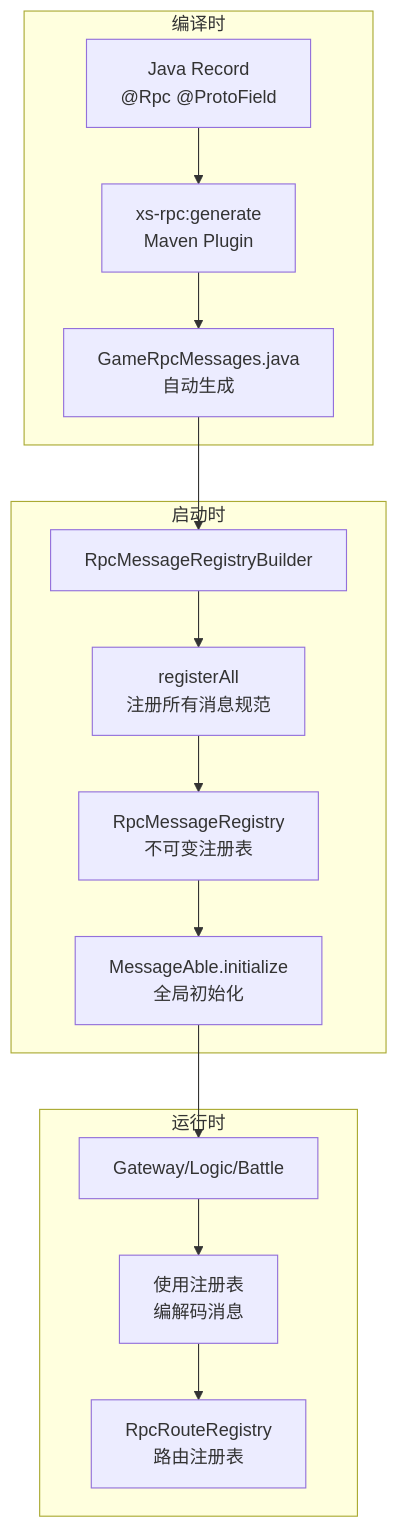
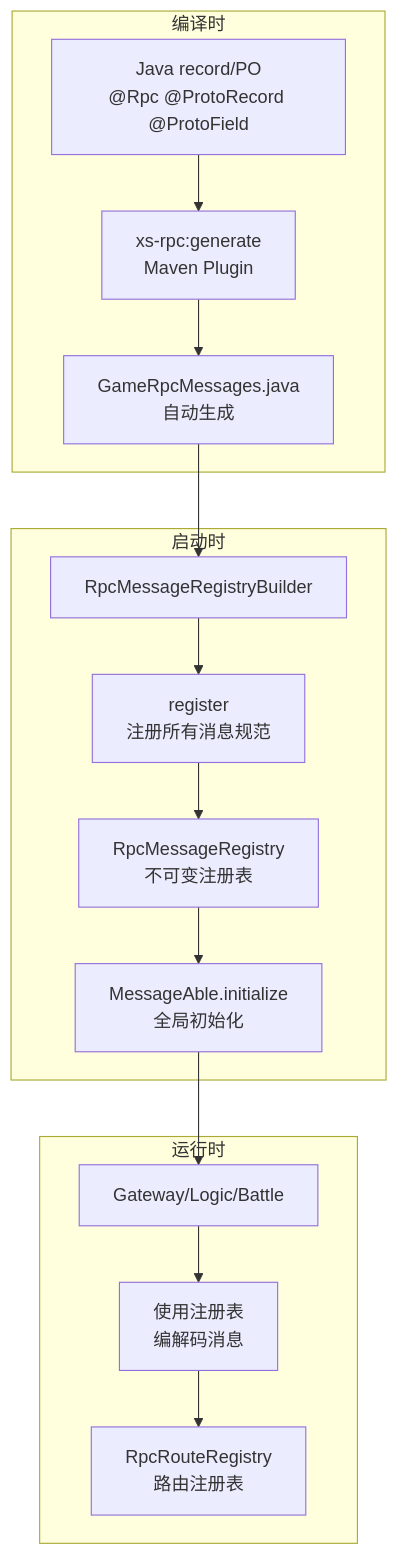
Before and after one commit to xunsang2022/xs-net: the diagram in openwiki/general/architecture/message-registration.md, drawn with Mermaid. The commit also changed other lines of this file and 69 other files, not shown here.

````diff
--- a/openwiki/general/architecture/message-registration.md
+++ b/openwiki/general/architecture/message-registration.md
@@ -14,21 +14,21 @@
 ```mermaid
 flowchart TB
     subgraph 编译时
-        A1[Java Record<br/>@Rpc @ProtoField] --> A2[xs-rpc:generate<br/>Maven Plugin]
+        A1[Java record/PO<br/>@Rpc @ProtoRecord @ProtoField] --> A2[xs-rpc:generate<br/>Maven Plugin]
         A2 --> A3[GameRpcMessages.java<br/>自动生成]
     end
     
     subgraph 启动时
-        B1[RpcMessageRegistryBuilder] --> B2[registerAll<br/>注册所有消息规范]
+        B1[RpcMessageRegistryBuilder] --> B2[register<br/>注册所有消息规范]
         B2 --> B3[RpcMessageRegistry<br/>不可变注册表]
         B3 --> B4[MessageAble.initialize<br/>全局初始化]
     end
     
     subgraph 运行时
         C1[Gateway/Logic/Battle] --> C2[使用注册表<br/>编解码消息]
         C2 --> C3[RpcRouteRegistry<br/>路由注册表]
     end
     
     A3 --> B1
     B4 --> C1
 ```
````
